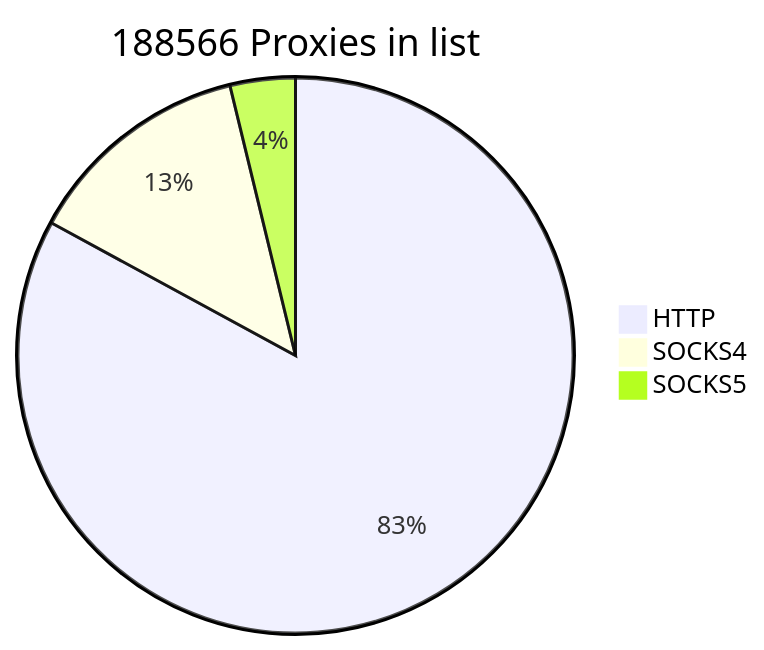
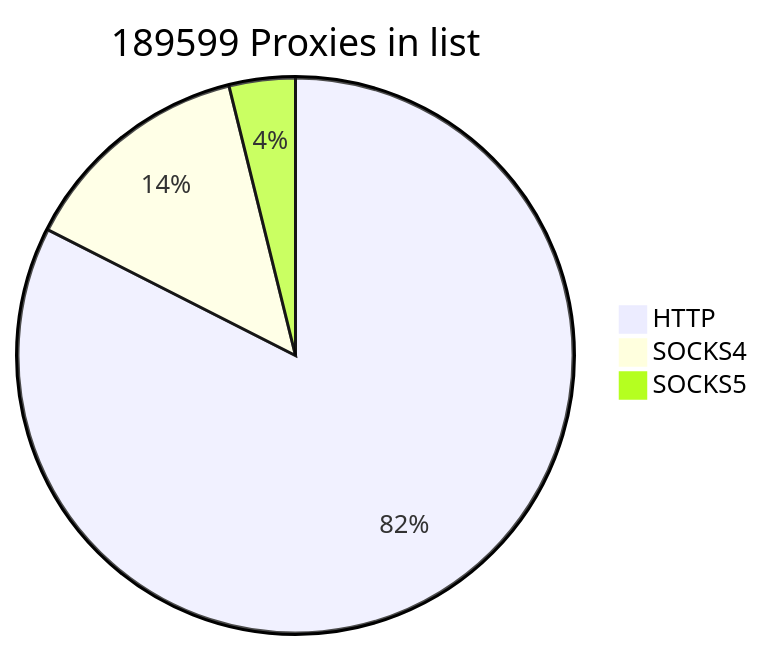
Before and after one commit to cutipu/proxylist: the first of 2 diagrams in README.md, drawn with Mermaid. The commit also changed other lines of this file, not shown here.

````diff
--- a/README.md
+++ b/README.md
@@ -2,7 +2,7 @@
 ```mermaid
-pie title 188566 Proxies in list
-    "HTTP" : 156364
-    "SOCKS4" : 25053
-    "SOCKS5" : 7149
+pie title 189599 Proxies in list
+    "HTTP" : 156377
+    "SOCKS4" : 25922
+    "SOCKS5" : 7300
             
 ```
````
